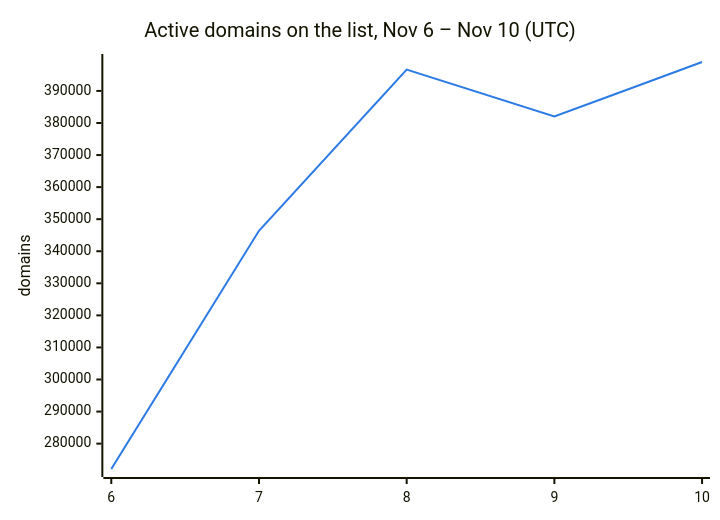
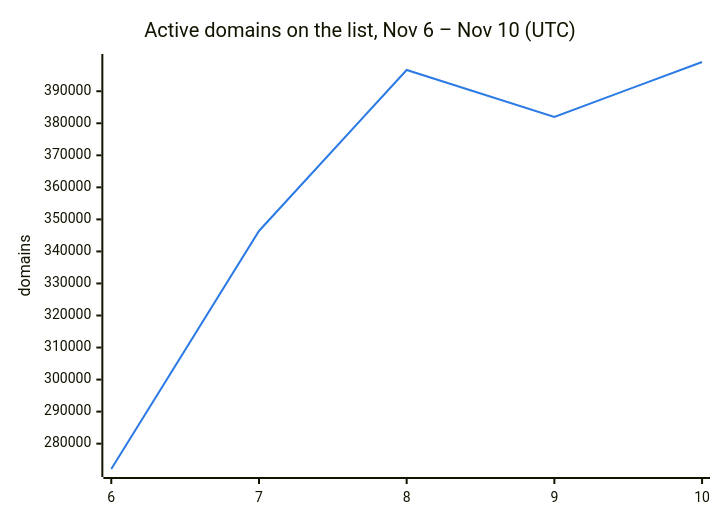
The second of 3 diagrams in README.md (DNSBunker/CTI), drawn with Mermaid before and after one commit. The commit also changed other lines of this file and 3 other files, not shown here.

````diff
--- a/README.md
+++ b/README.md
@@ -38,8 +38,8 @@
 ```mermaid
 %%{init: {"themeVariables": {"xyChart": {"plotColorPalette": "#2c7be5"}}}}%%
 xychart-beta
     title "Active domains on the list, Nov 6 – Nov 10 (UTC)"
     x-axis ["6", "7", "8", "9", "10"]
     y-axis "domains"
-    line [272088, 346388, 396638, 382009, 399019]
+    line [272088, 346388, 396638, 382009, 399128]
 ```
````
